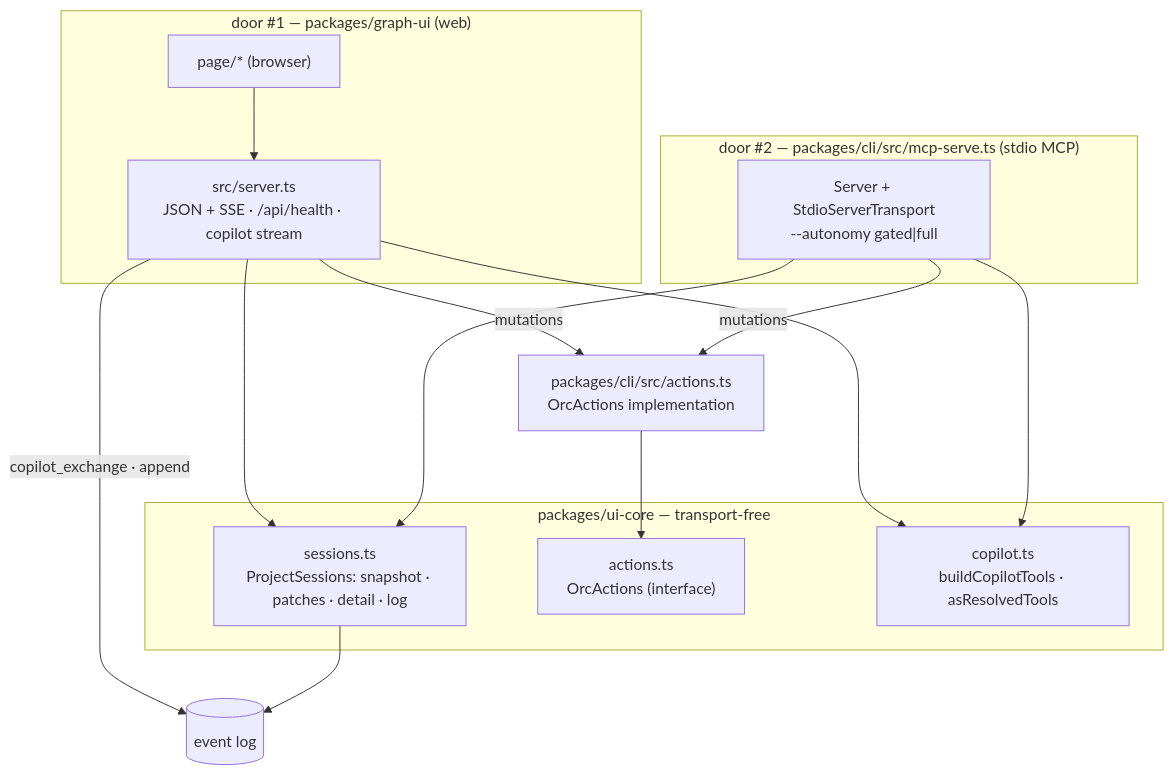
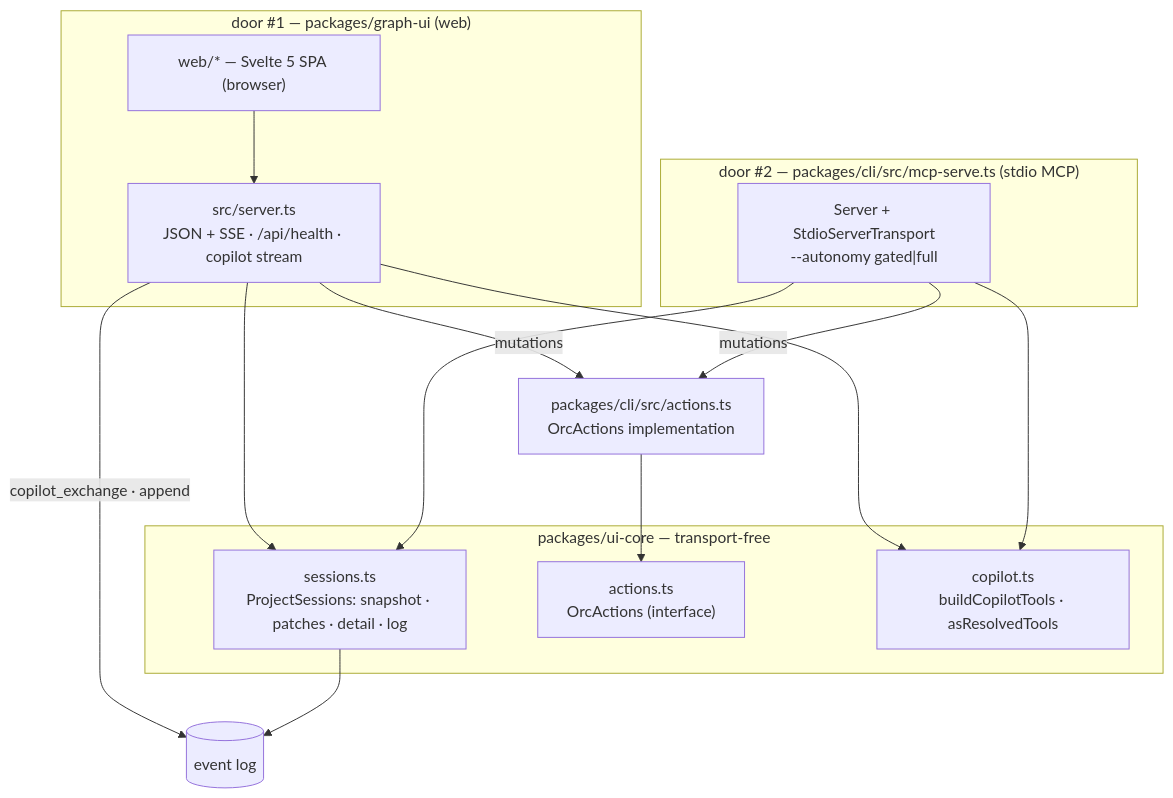
One commit to fetttttjoe/ORC changed the fifth of 5 diagrams in docs/ARCHITECTURE.md. Above: the diagram before and after it, drawn with Mermaid. The commit also changed 61 other files, not shown here.

Commit message:
feat(graph-web,ci): the plan draws as a wave graph, behind svelte-check and playwright gates

````diff
--- a/docs/ARCHITECTURE.md
+++ b/docs/ARCHITECTURE.md
@@ -526,27 +526,27 @@
 ```mermaid
 graph TD
   subgraph CORE ["packages/ui-core — transport-free"]
     SESS["sessions.ts<br/>ProjectSessions: snapshot · patches · detail · log"]
     ACT["actions.ts<br/>OrcActions (interface)"]
     CTOOLS["copilot.ts<br/>buildCopilotTools · asResolvedTools"]
   end
   subgraph WEB ["door #1 — packages/graph-ui (web)"]
     SRV["src/server.ts<br/>JSON + SSE · /api/health · copilot stream"]
-    PAGE["page/* (browser)"]
+    PAGE["web/* — Svelte 5 SPA (browser)"]
   end
   subgraph MCPD ["door #2 — packages/cli/src/mcp-serve.ts (stdio MCP)"]
     MSRV["Server + StdioServerTransport<br/>--autonomy gated|full"]
   end
   CLIA["packages/cli/src/actions.ts<br/>OrcActions implementation"]
 
   PAGE --> SRV
   SRV --> SESS
   SRV --> CTOOLS
   SRV -->|mutations| CLIA
   MSRV --> SESS
   MSRV --> CTOOLS
   MSRV -->|mutations| CLIA
   CLIA --> ACT
   SRV -->|copilot_exchange · append| EVL[("event log")]
   SESS --> EVL
 ```
````
